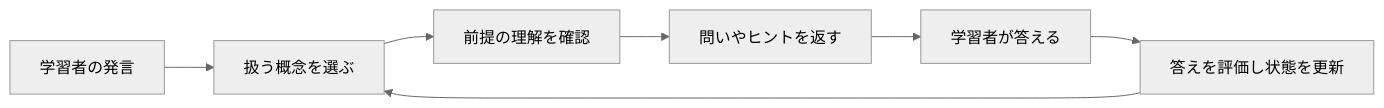
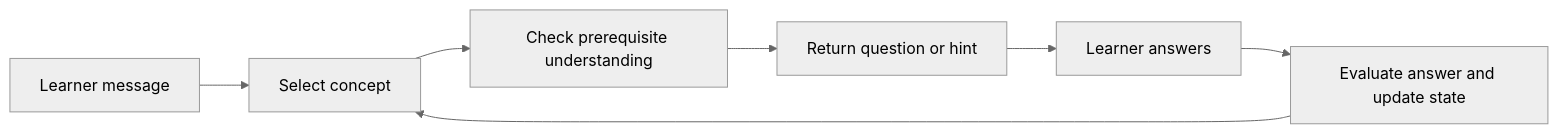
Before and after one commit to yukiharada1228/videoq: the diagram in docs/plog/README.md, drawn with Mermaid (neutral theme). The commit also changed other lines of this file and 79 other files, not shown here.

````diff
--- a/docs/plog/README.md
+++ b/docs/plog/README.md
@@ -35,9 +35,9 @@
 ```mermaid
 flowchart LR
-    Input[学習者の発言] --> Concept[扱う概念を選ぶ]
-    Concept --> Prerequisite[前提の理解を確認]
-    Prerequisite --> Question[問いやヒントを返す]
-    Question --> Reply[学習者が答える]
-    Reply --> Grade[答えを評価し状態を更新]
+    Input[Learner message] --> Concept[Select concept]
+    Concept --> Prerequisite[Check prerequisite understanding]
+    Prerequisite --> Question[Return question or hint]
+    Question --> Reply[Learner answers]
+    Reply --> Grade[Evaluate answer and update state]
     Grade --> Concept
 ```
````
